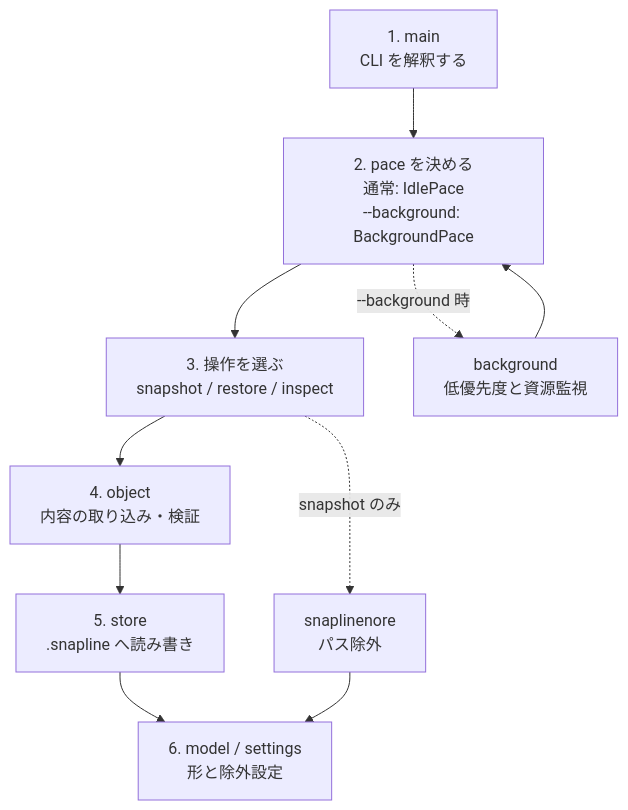
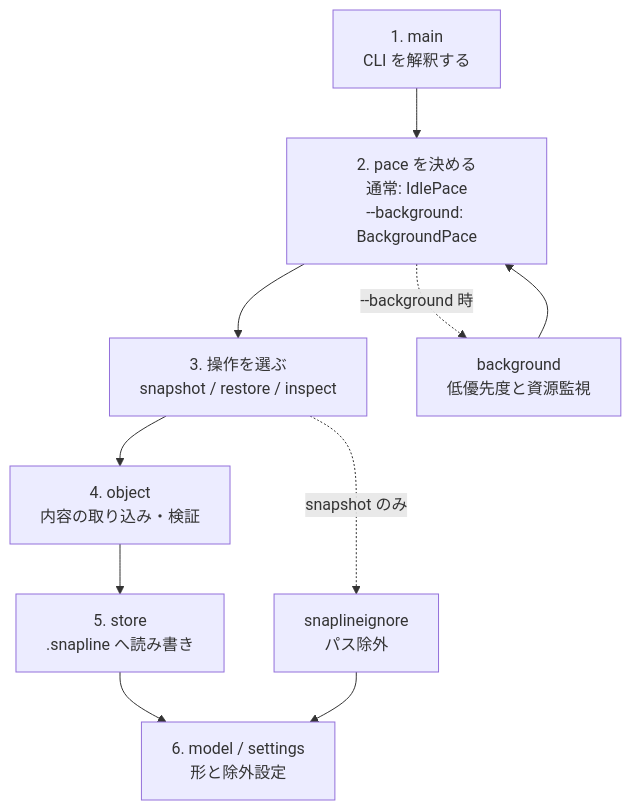
One commit to givecatcoin/tools changed the diagram in snapline/docs/modules.md. Above: the diagram before and after it, drawn with Mermaid. The commit also changed other lines of this file and 8 other files, not shown here.

````diff
--- a/snapline/docs/modules.md
+++ b/snapline/docs/modules.md
@@ -8,19 +8,19 @@
 ```mermaid
 flowchart TB
   cli["1. main<br/>CLI を解釈する"]
   pacePick["2. pace を決める<br/>通常: IdlePace<br/>--background: BackgroundPace"]
   op["3. 操作を選ぶ<br/>snapshot / restore / inspect"]
   object["4. object<br/>内容の取り込み・検証"]
   store["5. store<br/>.snapline へ読み書き"]
   data["6. model / settings<br/>形と除外設定"]
 
   cli --> pacePick --> op --> object --> store --> data
 
-  snaplinenore["snaplinenore<br/>パス除外"]
-  op -.->|snapshot のみ| snaplinenore
-  snaplinenore --> data
+  snaplineignore["snaplineignore<br/>パス除外"]
+  op -.->|snapshot のみ| snaplineignore
+  snaplineignore --> data
 
   background["background<br/>低優先度と資源監視"]
   pacePick -.->|--background 時| background
   background --> pacePick
 ```
````
